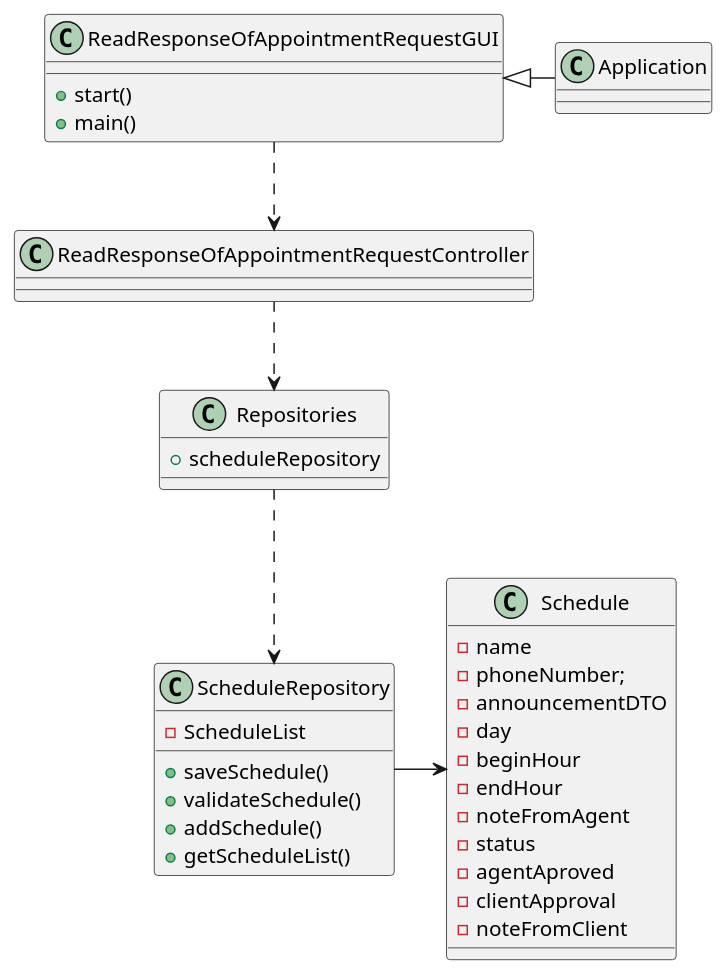
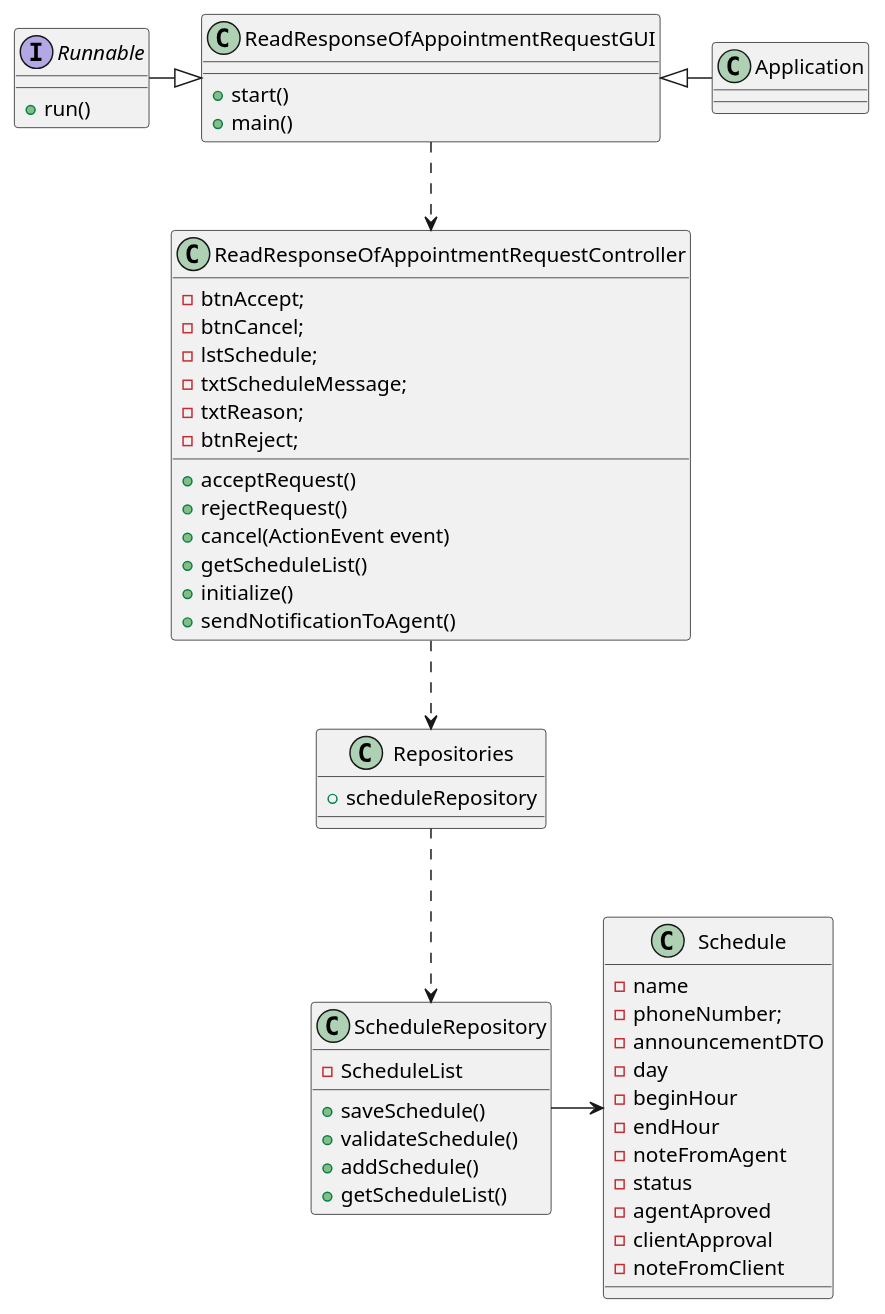
The diagram in docs/sprintD/US020/03.design/puml/CD.puml (tiagohcorreia/LAPR2), drawn with PlantUML before and after one commit. The commit also changed 12 other files, not shown here.

Commit message:
[US020] Class diagram updated. System sequence diagram updated. Domain Model updaded

```diff
--- a/docs/sprintD/US020/03.design/puml/CD.puml
+++ b/docs/sprintD/US020/03.design/puml/CD.puml
@@ -1,51 +1,68 @@
 @startuml
 
+interface Runnable {
+
+    + run()
+}
 
 class ReadResponseOfAppointmentRequestGUI {
 
     + start()
     + main()
 }
 
 class ReadResponseOfAppointmentRequestController {
 
+        - btnAccept;
+        - btnCancel;
+        - lstSchedule;
+        - txtScheduleMessage;
+        - txtReason;
+        - btnReject;
+
+        + acceptRequest()
+        + rejectRequest()
+        + cancel(ActionEvent event)
+        + getScheduleList()
+        + initialize()
+        + sendNotificationToAgent()
 }
 
 class Schedule {
 
     - name
     - phoneNumber;
     - announcementDTO
     - day
     - beginHour
     - endHour
     - noteFromAgent
     - status
     - agentAproved
     - clientApproval
     - noteFromClient
 }
 
 class Repositories {
 
     + scheduleRepository
 }
 
 class ScheduleRepository {
 
     - ScheduleList
     + saveSchedule()
     + validateSchedule()
     + addSchedule()
     + getScheduleList()
 }
 
 
 ReadResponseOfAppointmentRequestGUI ..> ReadResponseOfAppointmentRequestController
 ReadResponseOfAppointmentRequestController ..> Repositories
 Repositories ..> ScheduleRepository
 ScheduleRepository -right-> Schedule
 Application -left-|> ReadResponseOfAppointmentRequestGUI
-
+Runnable -right-|> ReadResponseOfAppointmentRequestGUI
 
 @enduml
```
